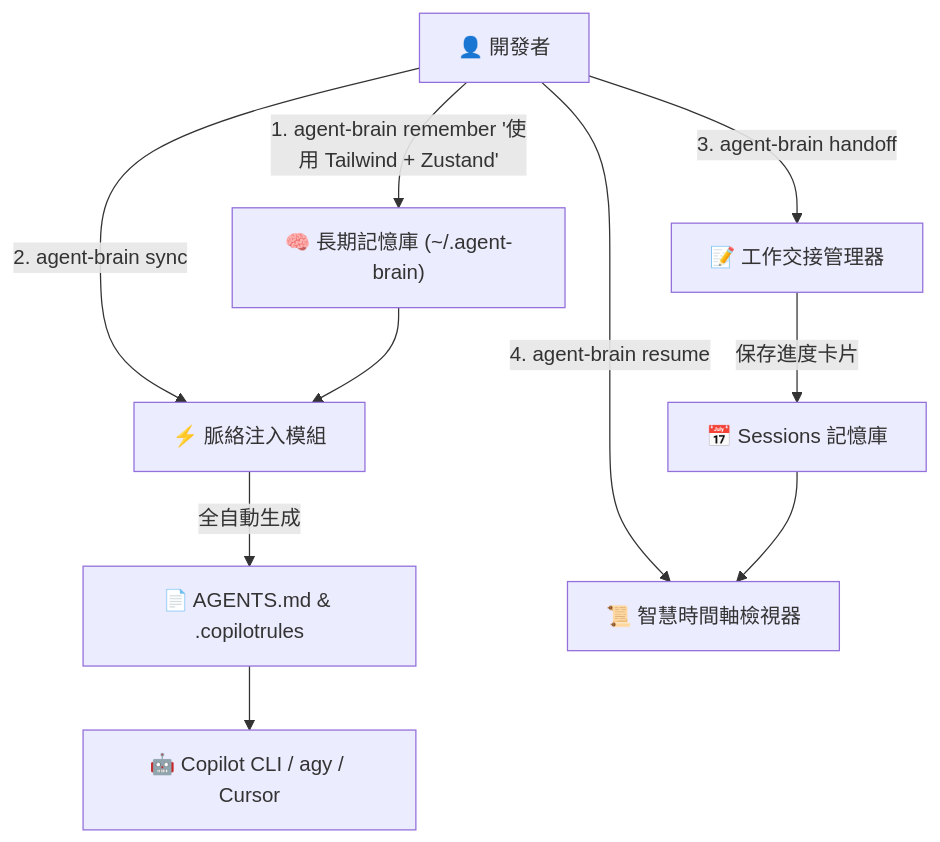
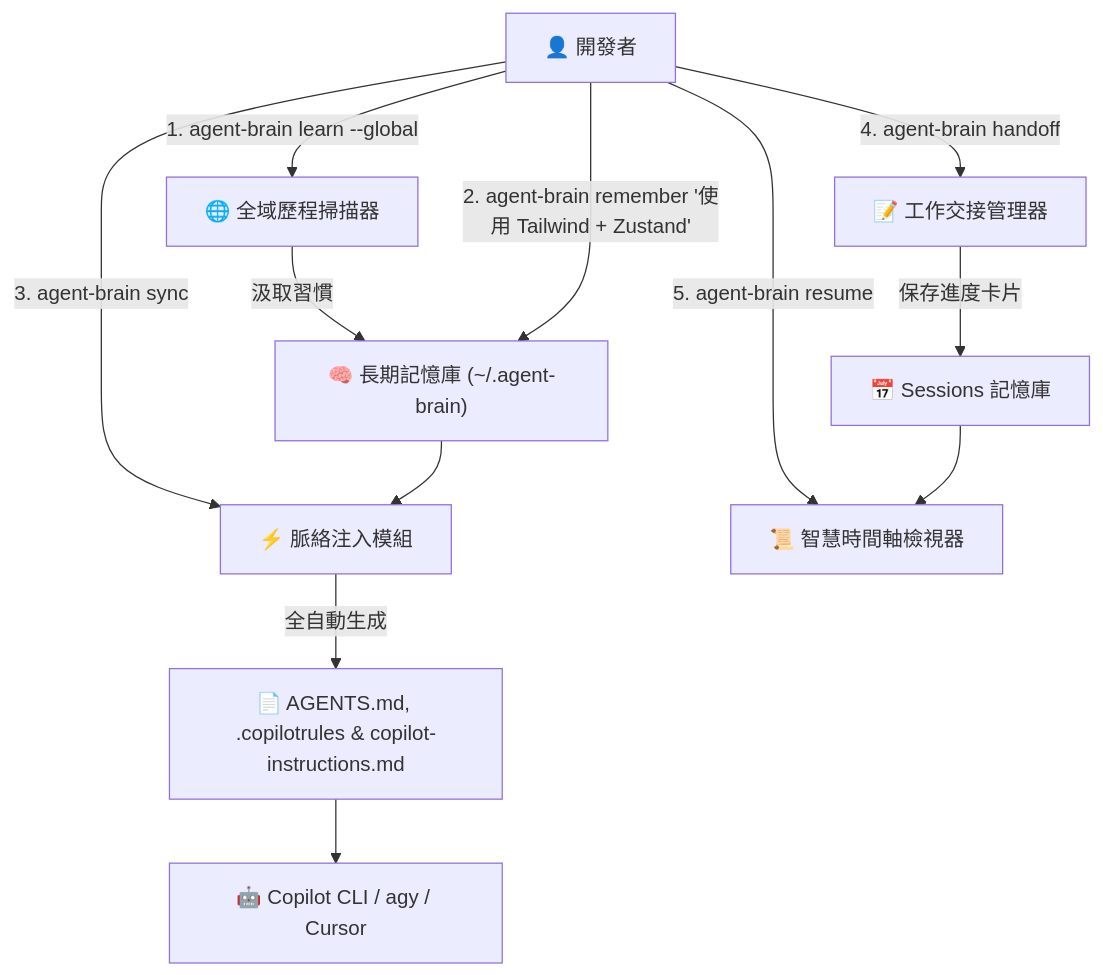
Before and after one commit to BingFengHung/agent-brain: the diagram in README_zh-TW.md, drawn with Mermaid. The commit also changed other lines of this file and 1 other file, not shown here.

````diff
--- a/README_zh-TW.md
+++ b/README_zh-TW.md
@@ -25,14 +26,16 @@
 ```mermaid
 graph TD
-    User["👤 開發者"] -->|1. agent-brain remember '使用 Tailwind + Zustand'| Mem["🧠 長期記憶庫 (~/.agent-brain)"]
-    User -->|2. agent-brain sync| Inj["⚡ 脈絡注入模組"]
+    User["👤 開發者"] -->|1. agent-brain learn --global| Sys["🌐 全域歷程掃描器"]
+    Sys -->|汲取習慣| Mem["🧠 長期記憶庫 (~/.agent-brain)"]
+    User -->|2. agent-brain remember '使用 Tailwind + Zustand'| Mem
+    User -->|3. agent-brain sync| Inj["⚡ 脈絡注入模組"]
     Mem --> Inj
-    Inj -->|全自動生成| AgtMD["📄 AGENTS.md & .copilotrules"]
+    Inj -->|全自動生成| AgtMD["📄 AGENTS.md, .copilotrules & copilot-instructions.md"]
     
     AgtMD --> Copilot["🤖 Copilot CLI / agy / Cursor"]
     
-    User -->|3. agent-brain handoff| Hand["📝 工作交接管理器"]
+    User -->|4. agent-brain handoff| Hand["📝 工作交接管理器"]
     Hand -->|保存進度卡片| Snap["📅 Sessions 記憶庫"]
-    User -->|4. agent-brain resume| View["📜 智慧時間軸檢視器"]
+    User -->|5. agent-brain resume| View["📜 智慧時間軸檢視器"]
     Snap --> View
 ```
````
